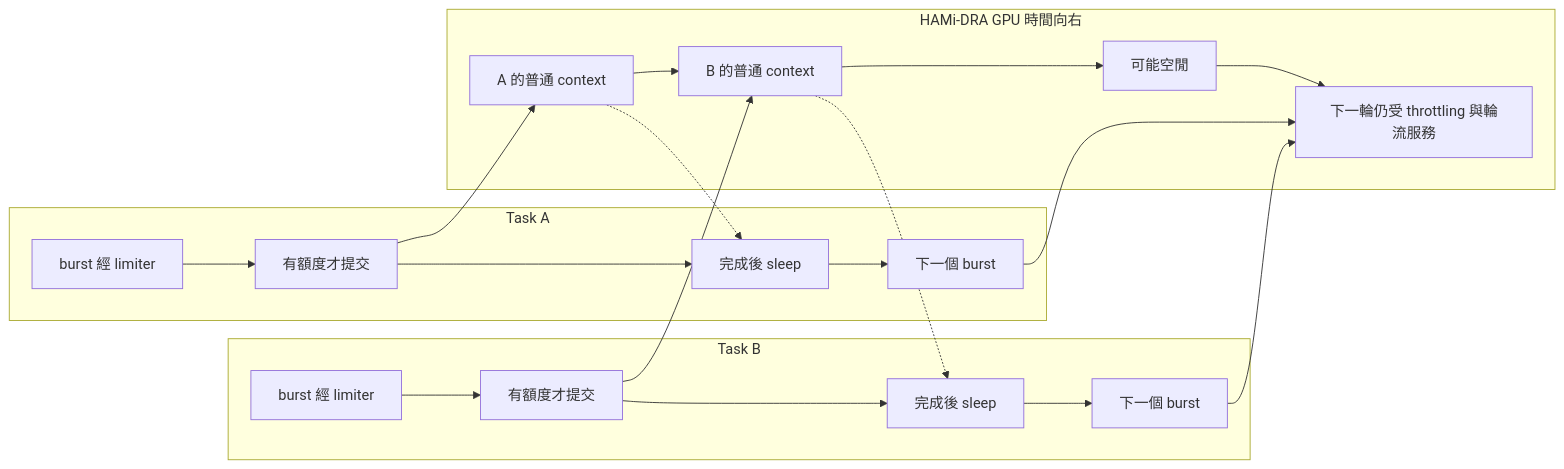
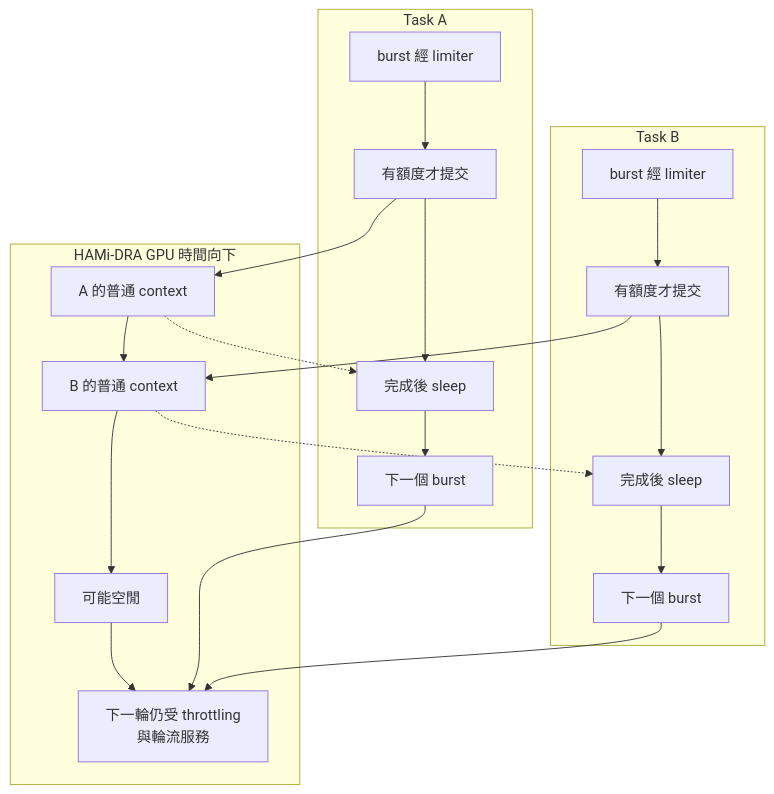
The fourth of 5 diagrams in book/05-performance/README.md (Daniel77871/dra-gpu-sharing-in-practice), drawn with Mermaid before and after one commit. The commit also changed other lines of this file and 15 other files, not shown here.

First line of the commit message:
Fit wide Mermaid diagrams to the GitHub page width

````diff
--- a/book/05-performance/README.md
+++ b/book/05-performance/README.md
@@ -92,18 +92,18 @@
 ```mermaid
-flowchart LR
+flowchart TB
   subgraph HA["Task A"]
     A0["burst 經 limiter"] --> A1["有額度才提交"] --> A2["完成後 sleep"] --> A3["下一個 burst"]
   end
   subgraph HB["Task B"]
     B0["burst 經 limiter"] --> B1["有額度才提交"] --> B2["完成後 sleep"] --> B3["下一個 burst"]
   end
-  subgraph HG["HAMi-DRA GPU 時間向右"]
-    G1["A 的普通 context"] --> G2["B 的普通 context"] --> G3["可能空閒"] --> G4["下一輪仍受 throttling 與輪流服務"]
+  subgraph HG["HAMi-DRA GPU 時間向下"]
+    G1["A 的普通 context"] --> G2["B 的普通 context"] --> G3["可能空閒"] --> G4["下一輪仍受 throttling<br/>與輪流服務"]
   end
   A1 --> G1
   B1 --> G2
   G1 -.-> A2
   G2 -.-> B2
   A3 --> G4
   B3 --> G4
 ```
````
